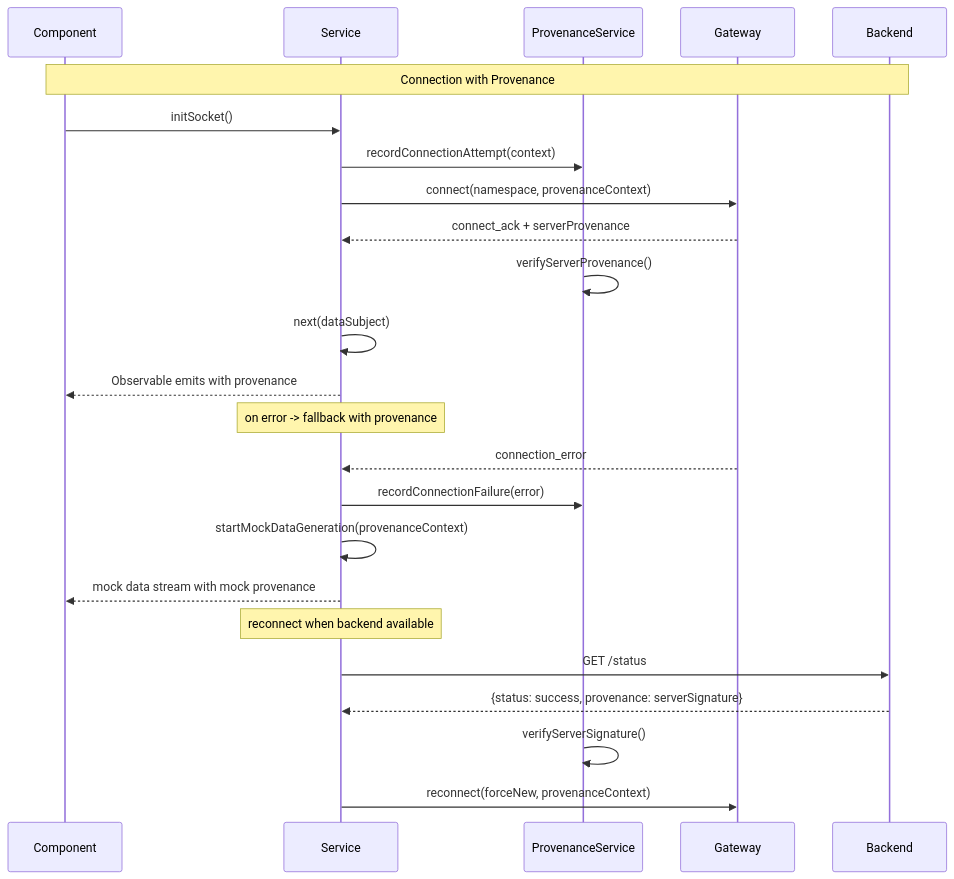
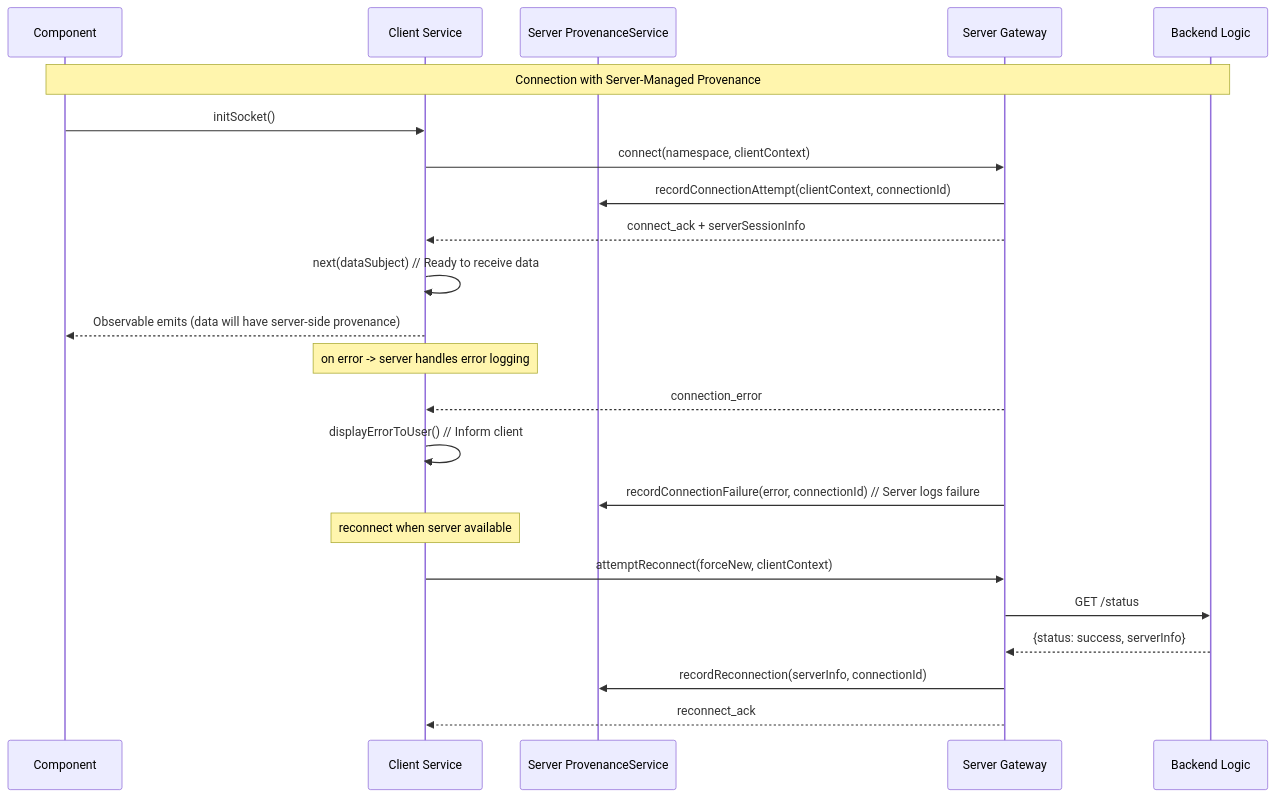
The third of 5 diagrams in forgeboard-frontend/src/assets/documentation/FRONTEND-API-ARCHITECTURE.md (JeffreySanford/forge-board), drawn with Mermaid before and after one commit. The commit also changed other lines of this file and 53 other files, not shown here.

````diff
--- a/forgeboard-frontend/src/assets/documentation/FRONTEND-API-ARCHITECTURE.md
+++ b/forgeboard-frontend/src/assets/documentation/FRONTEND-API-ARCHITECTURE.md
@@ -117,29 +130,28 @@
 ```mermaid
 sequenceDiagram
   participant C as Component
-  participant S as Service
-  participant P as ProvenanceService
-  participant G as Gateway
-  participant B as Backend
+  participant S as Client Service
+  participant P as Server ProvenanceService
+  participant G as Server Gateway
+  participant B as Backend Logic
 
-  Note over C,B: Connection with Provenance
+  Note over C,B: Connection with Server-Managed Provenance
   C->>S: initSocket()
-  S->>P: recordConnectionAttempt(context)
-  S->>G: connect(namespace, provenanceContext)
-  G-->>S: connect_ack + serverProvenance
-  P->>P: verifyServerProvenance()
-  S->>S: next(dataSubject)
-  S-->>C: Observable emits with provenance
+  S->>G: connect(namespace, clientContext)
+  G->>P: recordConnectionAttempt(clientContext, connectionId)
+  G-->>S: connect_ack + serverSessionInfo
+  S->>S: next(dataSubject) // Ready to receive data
+  S-->>C: Observable emits (data will have server-side provenance)
 
-  Note over S: on error -> fallback with provenance
+  Note over S: on error -> server handles error logging
   G-->>S: connection_error
-  S->>P: recordConnectionFailure(error)
-  S->>S: startMockDataGeneration(provenanceContext)
-  S-->>C: mock data stream with mock provenance
+  S->>S: displayErrorToUser() // Inform client
+  G->>P: recordConnectionFailure(error, connectionId) // Server logs failure
 
-  Note over S: reconnect when backend available
-  S->>B: GET /status
-  B-->>S: {status: success, provenance: serverSignature}
-  P->>P: verifyServerSignature()
-  S->>G: reconnect(forceNew, provenanceContext)
+  Note over S: reconnect when server available
+  S->>G: attemptReconnect(forceNew, clientContext)
+  G->>B: GET /status
+  B-->>G: {status: success, serverInfo}
+  G->>P: recordReconnection(serverInfo, connectionId)
+  G-->>S: reconnect_ack
 ```
````
